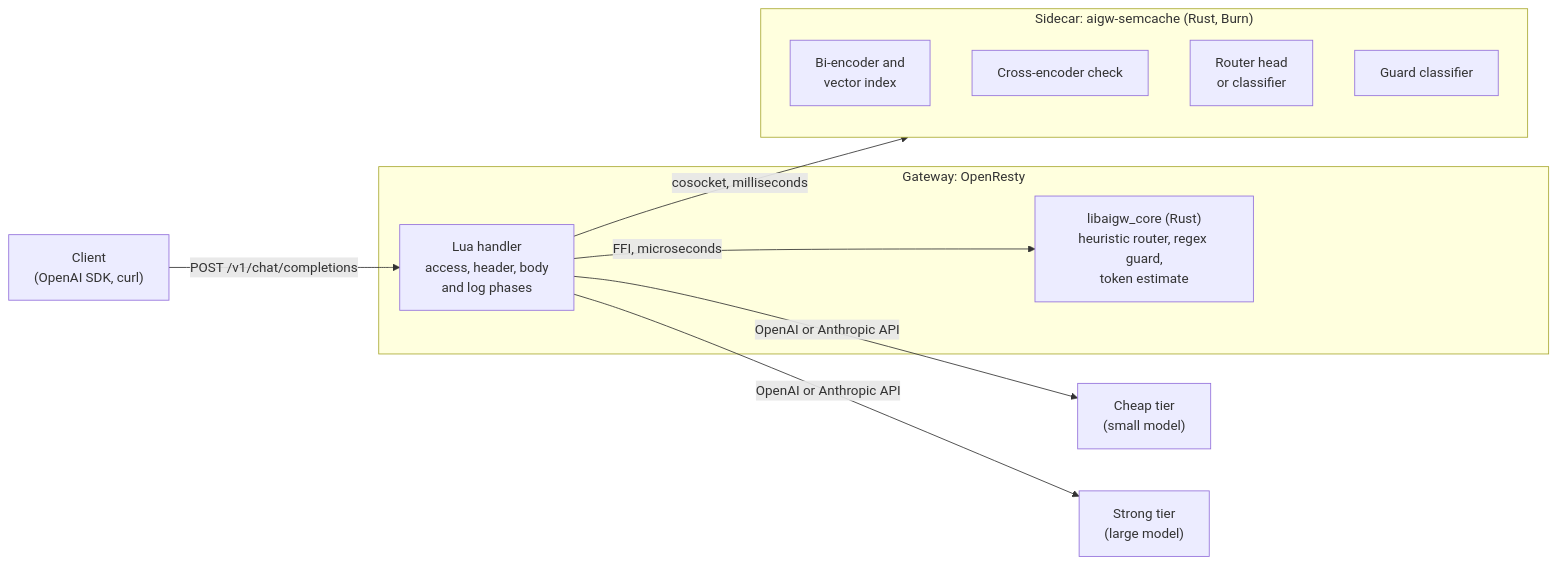
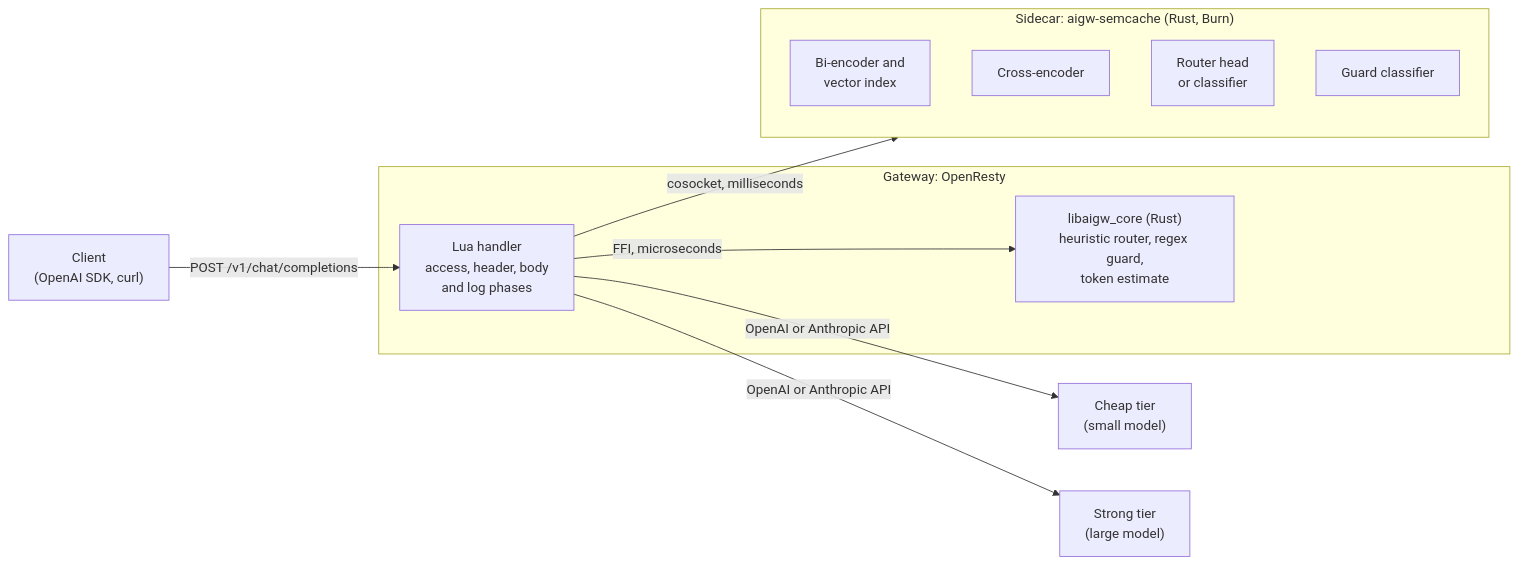
Before and after one commit to JonathanBerhe/aigateway: the first of 4 diagrams in README.md, drawn with Mermaid. The commit also changed other lines of this file, not shown here.

````diff
--- a/README.md
+++ b/README.md
@@ -21,22 +28,22 @@
 ```mermaid
 flowchart LR
     client["Client<br/>(OpenAI SDK, curl)"]
     subgraph gw["Gateway: OpenResty"]
         lua["Lua handler<br/>access, header, body<br/>and log phases"]
         core["libaigw_core (Rust)<br/>heuristic router, regex guard,<br/>token estimate"]
     end
     subgraph sc["Sidecar: aigw-semcache (Rust, Burn)"]
         cache["Bi-encoder and<br/>vector index"]
-        rerank["Cross-encoder check"]
+        rerank["Cross-encoder"]
         router["Router head<br/>or classifier"]
         guard["Guard classifier"]
     end
     cheap["Cheap tier<br/>(small model)"]
     strong["Strong tier<br/>(large model)"]
 
     client -->|"POST /v1/chat/completions"| lua
     lua -->|"FFI, microseconds"| core
     lua -->|"cosocket, milliseconds"| sc
     lua -->|"OpenAI or Anthropic API"| cheap
     lua -->|"OpenAI or Anthropic API"| strong
 ```
````
